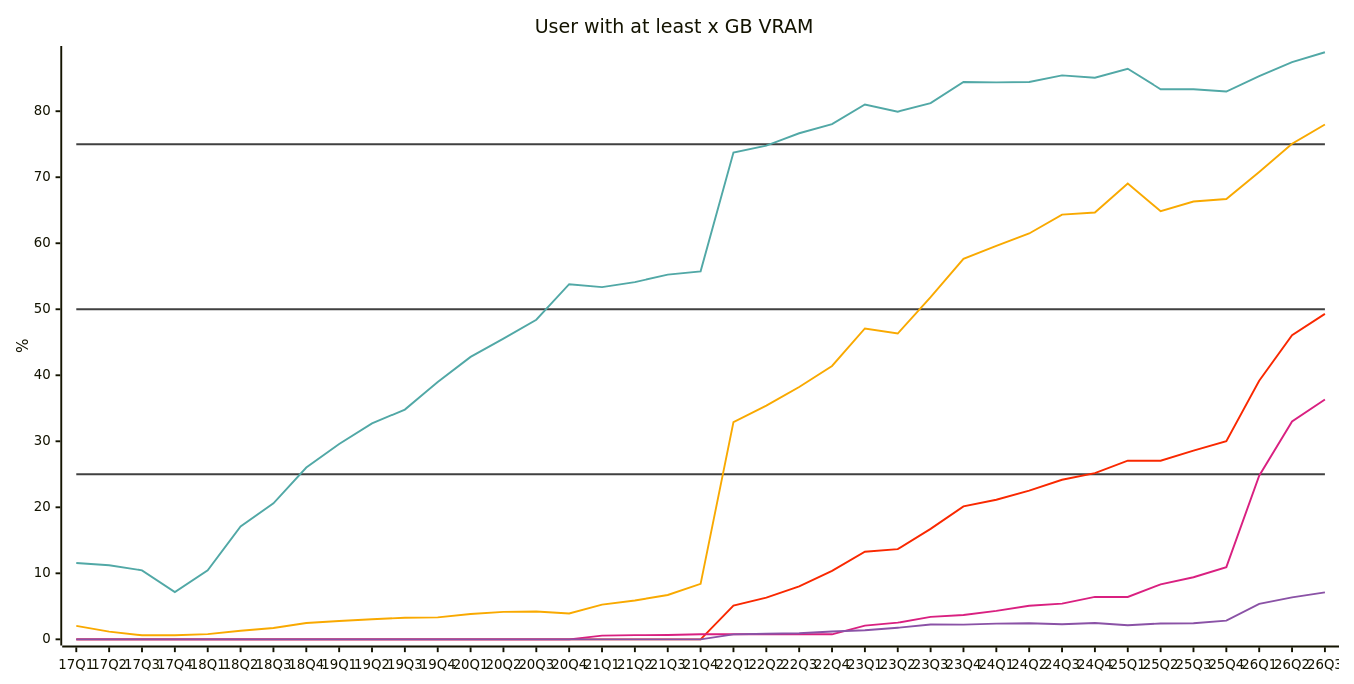
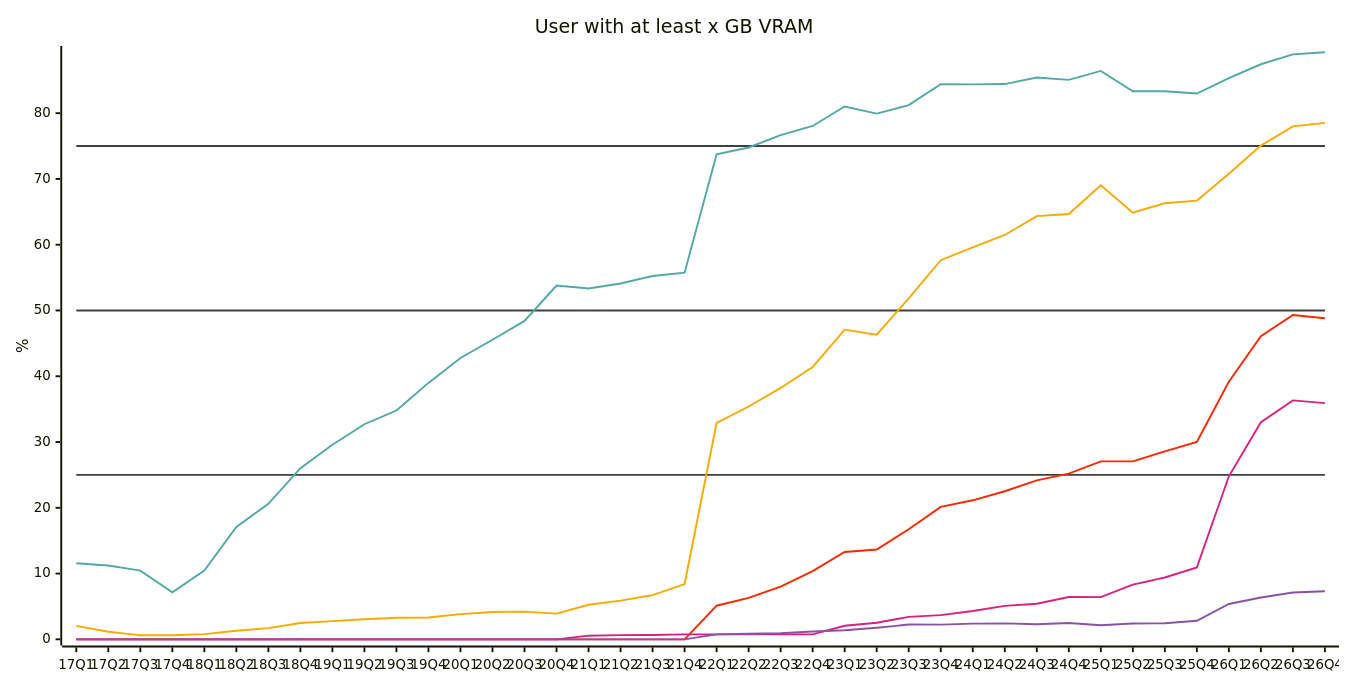
One commit to jdegene/steamHWsurvey changed diagram 12 of 31 in README.md. Above: the diagram before and after it, drawn with Mermaid. The commit also changed other lines of this file and 2 other files, not shown here.

````diff
--- a/README.md
+++ b/README.md
@@ -410,26 +410,26 @@
 ```mermaid
 ---
 config:
     xyChart:
         width: 1400
         height: 700
         
     themeVariables:
         xyChart:
             plotColorPalette: "#404040,#404040,#404040,#51a8a6,#f9a900,#f92800,#d92080,#8a52a6"
 
 --- 
 
 xychart-beta
     title "User with at least x GB VRAM"
-    x-axis [17Q1, 17Q2, 17Q3, 17Q4, 18Q1, 18Q2, 18Q3, 18Q4, 19Q1, 19Q2, 19Q3, 19Q4, 20Q1, 20Q2, 20Q3, 20Q4, 21Q1, 21Q2, 21Q3, 21Q4, 22Q1, 22Q2, 22Q3, 22Q4, 23Q1, 23Q2, 23Q3, 23Q4, 24Q1, 24Q2, 24Q3, 24Q4, 25Q1, 25Q2, 25Q3, 25Q4, 26Q1, 26Q2, 26Q3]
+    x-axis [17Q1, 17Q2, 17Q3, 17Q4, 18Q1, 18Q2, 18Q3, 18Q4, 19Q1, 19Q2, 19Q3, 19Q4, 20Q1, 20Q2, 20Q3, 20Q4, 21Q1, 21Q2, 21Q3, 21Q4, 22Q1, 22Q2, 22Q3, 22Q4, 23Q1, 23Q2, 23Q3, 23Q4, 24Q1, 24Q2, 24Q3, 24Q4, 25Q1, 25Q2, 25Q3, 25Q4, 26Q1, 26Q2, 26Q3, 26Q4]
     y-axis "%" 
- line [25, 25, 25, 25, 25, 25, 25, 25, 25, 25, 25, 25, 25, 25, 25, 25, 25, 25, 25, 25, 25, 25, 25, 25, 25, 25, 25, 25, 25, 25, 25, 25, 25, 25, 25, 25, 25, 25, 25]
- line [50, 50, 50, 50, 50, 50, 50, 50, 50, 50, 50, 50, 50, 50, 50, 50, 50, 50, 50, 50, 50, 50, 50, 50, 50, 50, 50, 50, 50, 50, 50, 50, 50, 50, 50, 50, 50, 50, 50]
- line [75, 75, 75, 75, 75, 75, 75, 75, 75, 75, 75, 75, 75, 75, 75, 75, 75, 75, 75, 75, 75, 75, 75, 75, 75, 75, 75, 75, 75, 75, 75, 75, 75, 75, 75, 75, 75, 75, 75]
-    line [11.559999999999999, 11.223333333333334, 10.45, 7.1466666666666665, 10.453333333333333, 17.083333333333332, 20.599999999999998, 26.023333333333333, 29.580000000000002, 32.70333333333333, 34.803333333333335, 38.989999999999995, 42.78333333333333, 45.556666666666665, 48.413333333333334, 53.79666666666667, 53.35333333333333, 54.11, 55.246666666666655, 55.74, 73.74333333333333, 74.78666666666668, 76.66, 78.05666666666667, 81.02333333333333, 79.93333333333334, 81.23, 84.42333333333335, 84.37666666666667, 84.42999999999999, 85.43333333333334, 85.07000000000001, 86.42666666666666, 83.33, 83.33333333333334, 82.98666666666666, 85.32166666666666, 87.44, 88.93666666666665]
-    line [2.0366666666666666, 1.16, 0.61, 0.61, 0.79, 1.3033333333333335, 1.71, 2.48, 2.77, 3.046666666666667, 3.2766666666666664, 3.3266666666666667, 3.836666666666667, 4.16, 4.206666666666667, 3.9099999999999997, 5.256666666666667, 5.89, 6.72, 8.406666666666666, 32.903333333333336, 35.39666666666667, 38.22666666666667, 41.41, 47.08666666666666, 46.32000000000001, 51.83, 57.64999999999999, 59.596666666666664, 61.483333333333334, 64.34333333333333, 64.66333333333333, 69.03333333333333, 64.86666666666667, 66.31666666666666, 66.69666666666666, 70.79666666666665, 75.06666666666666, 77.99333333333331]
-    line [0, 0, 0, 0, 0, 0, 0, 0, 0, 0, 0, 0, 0, 0, 0, 0, 0, 0, 0, 0, 5.11, 6.3133333333333335, 8.006666666666668, 10.366666666666667, 13.273333333333333, 13.66, 16.726666666666667, 20.14, 21.14, 22.516666666666666, 24.173333333333336, 25.183333333333337, 27.063333333333333, 27.060000000000002, 28.573333333333334, 30.020000000000003, 39.17666666666664, 46.08666666666666, 49.30333333333333]
-    line [0, 0, 0, 0, 0, 0, 0, 0, 0, 0, 0, 0, 0, 0, 0, 0, 0.5549999999999999, 0.6333333333333333, 0.6599999999999999, 0.76, 0.76, 0.76, 0.76, 0.76, 2.07, 2.5233333333333334, 3.4066666666666667, 3.6799999999999997, 4.3133333333333335, 5.079999999999999, 5.413333333333333, 6.43, 6.41, 8.316666666666666, 9.403333333333334, 10.93, 24.791666666666647, 33.01, 36.32666666666666]
-    line [0, 0, 0, 0, 0, 0, 0, 0, 0, 0, 0, 0, 0, 0, 0, 0, 0, 0, 0, 0, 0.75, 0.8500000000000001, 0.9266666666666666, 1.1833333333333333, 1.3733333333333333, 1.76, 2.243333333333333, 2.2333333333333334, 2.3833333333333333, 2.4266666666666667, 2.29, 2.476666666666667, 2.13, 2.396666666666667, 2.4366666666666665, 2.8266666666666667, 5.369999999999997, 6.356666666666663, 7.119999999999997]
+ line [25, 25, 25, 25, 25, 25, 25, 25, 25, 25, 25, 25, 25, 25, 25, 25, 25, 25, 25, 25, 25, 25, 25, 25, 25, 25, 25, 25, 25, 25, 25, 25, 25, 25, 25, 25, 25, 25, 25, 25]
+ line [50, 50, 50, 50, 50, 50, 50, 50, 50, 50, 50, 50, 50, 50, 50, 50, 50, 50, 50, 50, 50, 50, 50, 50, 50, 50, 50, 50, 50, 50, 50, 50, 50, 50, 50, 50, 50, 50, 50, 50]
+ line [75, 75, 75, 75, 75, 75, 75, 75, 75, 75, 75, 75, 75, 75, 75, 75, 75, 75, 75, 75, 75, 75, 75, 75, 75, 75, 75, 75, 75, 75, 75, 75, 75, 75, 75, 75, 75, 75, 75, 75]
+    line [11.559999999999999, 11.223333333333334, 10.45, 7.1466666666666665, 10.453333333333333, 17.083333333333332, 20.599999999999998, 26.023333333333333, 29.580000000000002, 32.70333333333333, 34.803333333333335, 38.989999999999995, 42.78333333333333, 45.556666666666665, 48.413333333333334, 53.79666666666667, 53.35333333333333, 54.11, 55.246666666666655, 55.74, 73.74333333333333, 74.78666666666668, 76.66, 78.05666666666667, 81.02333333333333, 79.93333333333334, 81.23, 84.42333333333335, 84.37666666666667, 84.42999999999999, 85.43333333333334, 85.07000000000001, 86.42666666666666, 83.33, 83.33333333333334, 82.98666666666666, 85.32166666666666, 87.44, 88.93666666666665, 89.26999999999998]
+    line [2.0366666666666666, 1.16, 0.61, 0.61, 0.79, 1.3033333333333335, 1.71, 2.48, 2.77, 3.046666666666667, 3.2766666666666664, 3.3266666666666667, 3.836666666666667, 4.16, 4.206666666666667, 3.9099999999999997, 5.256666666666667, 5.89, 6.72, 8.406666666666666, 32.903333333333336, 35.39666666666667, 38.22666666666667, 41.41, 47.08666666666666, 46.32000000000001, 51.83, 57.64999999999999, 59.596666666666664, 61.483333333333334, 64.34333333333333, 64.66333333333333, 69.03333333333333, 64.86666666666667, 66.31666666666666, 66.69666666666666, 70.79666666666665, 75.06666666666666, 77.99333333333331, 78.52999999999999]
+    line [0, 0, 0, 0, 0, 0, 0, 0, 0, 0, 0, 0, 0, 0, 0, 0, 0, 0, 0, 0, 5.11, 6.3133333333333335, 8.006666666666668, 10.366666666666667, 13.273333333333333, 13.66, 16.726666666666667, 20.14, 21.14, 22.516666666666666, 24.173333333333336, 25.183333333333337, 27.063333333333333, 27.060000000000002, 28.573333333333334, 30.020000000000003, 39.17666666666664, 46.08666666666666, 49.30333333333333, 48.83]
+    line [0, 0, 0, 0, 0, 0, 0, 0, 0, 0, 0, 0, 0, 0, 0, 0, 0.5549999999999999, 0.6333333333333333, 0.6599999999999999, 0.76, 0.76, 0.76, 0.76, 0.76, 2.07, 2.5233333333333334, 3.4066666666666667, 3.6799999999999997, 4.3133333333333335, 5.079999999999999, 5.413333333333333, 6.43, 6.41, 8.316666666666666, 9.403333333333334, 10.93, 24.791666666666647, 33.01, 36.32666666666666, 35.919999999999995]
+    line [0, 0, 0, 0, 0, 0, 0, 0, 0, 0, 0, 0, 0, 0, 0, 0, 0, 0, 0, 0, 0.75, 0.8500000000000001, 0.9266666666666666, 1.1833333333333333, 1.3733333333333333, 1.76, 2.243333333333333, 2.2333333333333334, 2.3833333333333333, 2.4266666666666667, 2.29, 2.476666666666667, 2.13, 2.396666666666667, 2.4366666666666665, 2.8266666666666667, 5.369999999999997, 6.356666666666663, 7.119999999999997, 7.3199999999999905]
 ``` 
````
